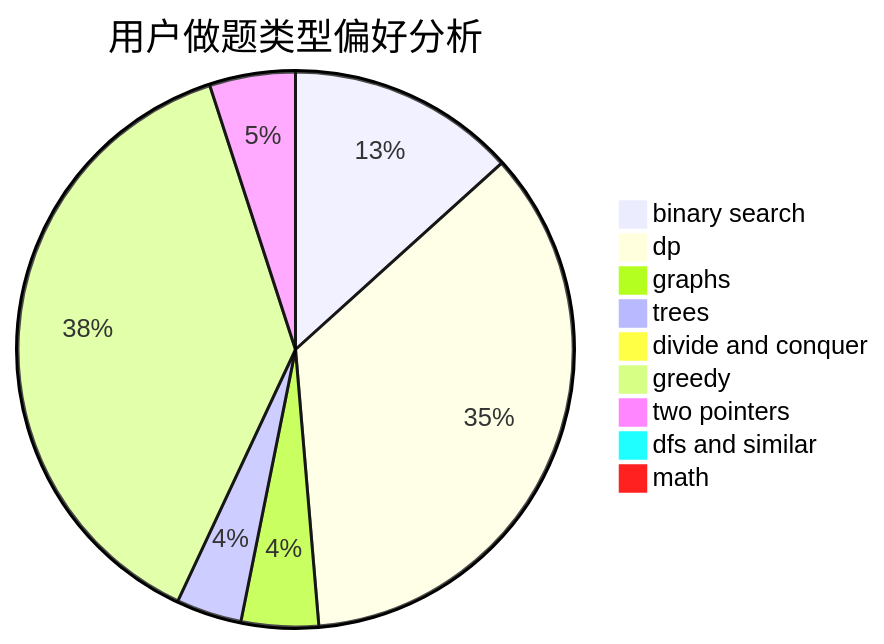
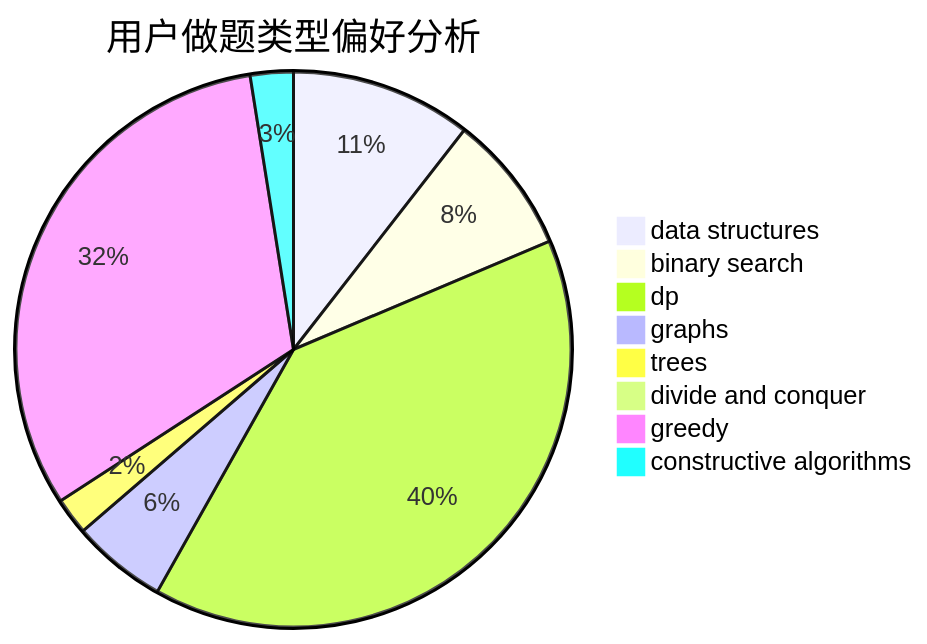
The second of 3 diagrams in docs/user/u2347.md (sherpahu/cfrs.github.io), drawn with Mermaid before and after one commit. The commit also changed other lines of this file and 2775 other files, not shown here.

````diff
--- a/docs/user/u2347.md
+++ b/docs/user/u2347.md
@@ -23,12 +23,11 @@
 ```mermaid
 pie title 用户做题类型偏好分析
-    "binary search" :  213
-    "dp" :  566
-    "graphs" :  72
-    "trees" :  61
-    "divide and conquer" :  3
-    "greedy" :  609
-    "two pointers" :  80
-    "dfs and similar" :  9
-    "math" :  9
+    "data structures" :  122
+    "binary search" :  94
+    "dp" :  458
+    "graphs" :  64
+    "trees" :  25
+    "divide and conquer" :  0
+    "greedy" :  367
+    "constructive algorithms" :  29
 ```
````
